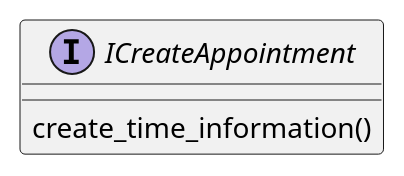
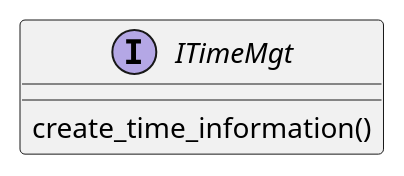
The fifth of 16 diagrams in doc/notes_interfaces.org (bugagashen6ka/quark), drawn with PlantUML before and after one commit. The commit also changed other lines of this file and 2 other files, not shown here.

Commit message:
* doc/notes_interfaces.org: Renamed one interface in plantUML code   Reordered some interfaces.
* doc/initial-comp-spec.org: commit of initial component specifications

```diff
--- a/doc/notes_interfaces.org
+++ b/doc/notes_interfaces.org
@@ -30,5 +30,5 @@
   #+begin_src plantuml :file ./itime.png
-  interface ICreateAppointment {
+  interface ITimeMgt {
     create_time_information()
   }
   #+END_src
```
